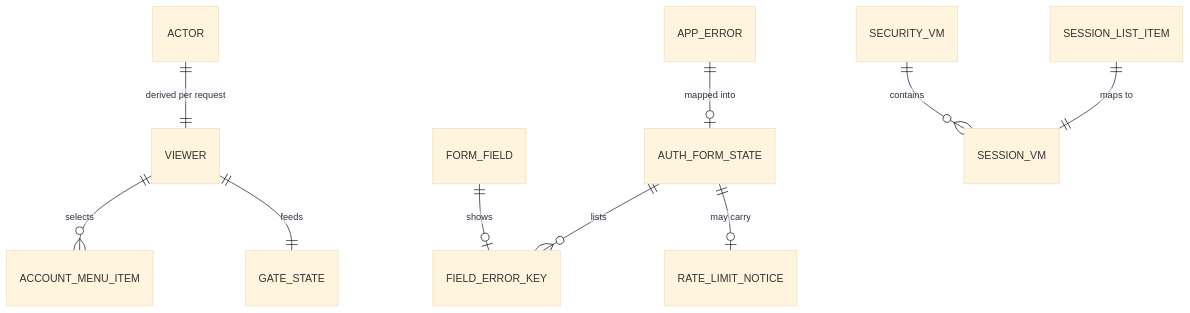
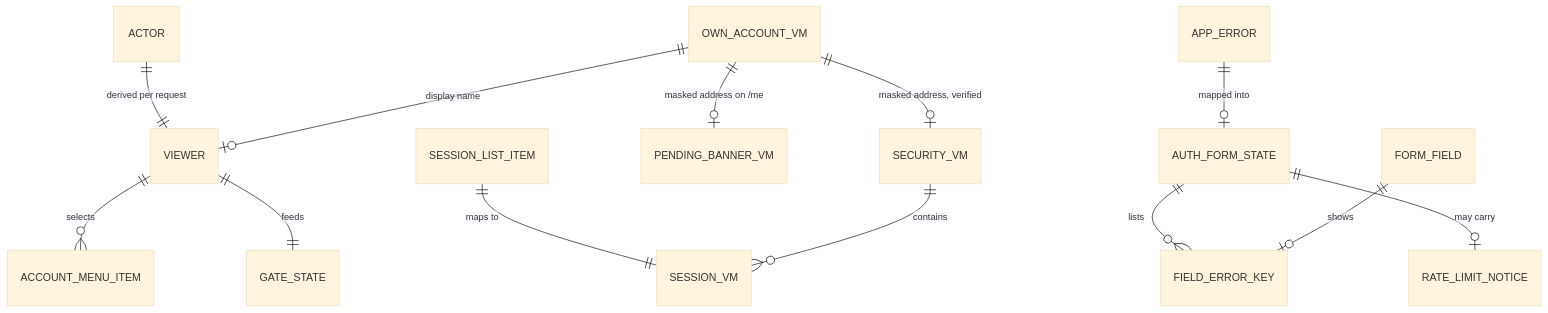
One commit to Md-Alamin-BS/RogiKotha changed the diagram in docs/aidlc-migration/design-drafts/t-102-patient-auth-screens/entities.md. Above: the diagram before and after it, drawn with Mermaid (base theme). The commit also changed other lines of this file and 133 other files, not shown here.

````diff
--- a/docs/aidlc-migration/design-drafts/t-102-patient-auth-screens/entities.md
+++ b/docs/aidlc-migration/design-drafts/t-102-patient-auth-screens/entities.md
@@ -265,12 +290,15 @@
 ```mermaid
 erDiagram
     ACTOR ||--|| VIEWER : "derived per request"
+    OWN_ACCOUNT_VM ||--o| VIEWER : "display name"
+    OWN_ACCOUNT_VM ||--o| SECURITY_VM : "masked address, verified"
+    OWN_ACCOUNT_VM ||--o| PENDING_BANNER_VM : "masked address on /me"
     VIEWER ||--o{ ACCOUNT_MENU_ITEM : "selects"
     VIEWER ||--|| GATE_STATE : "feeds"
     APP_ERROR ||--o| AUTH_FORM_STATE : "mapped into"
     AUTH_FORM_STATE ||--o{ FIELD_ERROR_KEY : "lists"
     AUTH_FORM_STATE ||--o| RATE_LIMIT_NOTICE : "may carry"
     FORM_FIELD ||--o| FIELD_ERROR_KEY : "shows"
     SESSION_LIST_ITEM ||--|| SESSION_VM : "maps to"
     SECURITY_VM ||--o{ SESSION_VM : "contains"
 ```
````
